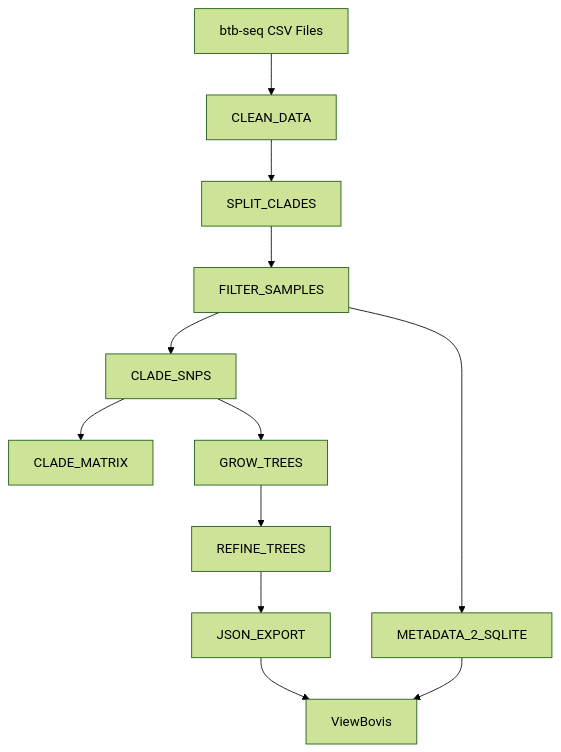
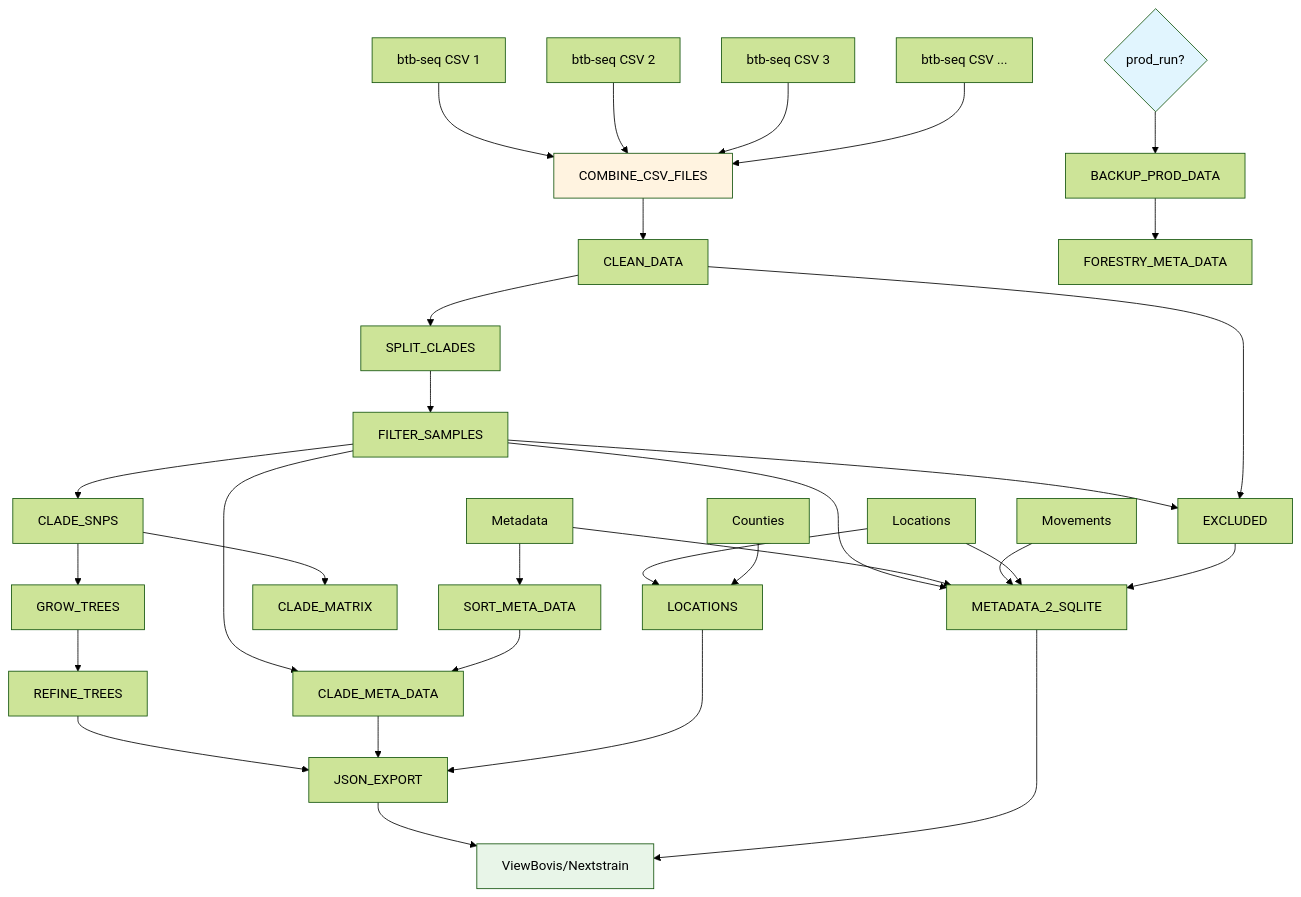
One commit to APHA-CSU/btb-forestry changed the diagram in README.md. Above: the diagram before and after it, drawn with Mermaid (forest theme).

Commit message:
update mermaid dag

````diff
--- a/README.md
+++ b/README.md
@@ -30,14 +30,45 @@
 ```mermaid
 flowchart TD
-    A[btb-seq CSV Files] --> B[CLEAN_DATA]
-    B --> C[SPLIT_CLADES]
-    C --> D[FILTER_SAMPLES]
-    D --> E[CLADE_SNPS]
-    E --> F[CLADE_MATRIX]
-    E --> G[GROW_TREES]
-    G --> H[REFINE_TREES]
-    H --> I[JSON_EXPORT]
-    I --> J[ViewBovis]
-    D --> K[METADATA_2_SQLITE]
-    K --> J[ViewBovis]
+    AA[btb-seq CSV 1] --> BA[COMBINE_CSV_FILES]
+    AB[btb-seq CSV 2] --> BA
+    AC[btb-seq CSV 3] --> BA
+    AD[btb-seq CSV ...] --> BA
+    
+    BA --> B[CLEAN_DATA]
+    C[Metadata] --> D[SORT_META_DATA]
+    E[Locations] --> F[LOCATIONS]
+    G[Counties] --> F
+    
+    H{prod_run?} --> I[BACKUP_PROD_DATA]
+    I --> J[FORESTRY_META_DATA]
+    
+    B --> K[SPLIT_CLADES]
+    K --> L[FILTER_SAMPLES]
+    L --> M[EXCLUDED]
+    B --> M
+    
+    L --> N[CLADE_META_DATA]
+    D --> N
+    
+    L --> O[CLADE_SNPS]
+    O --> P[CLADE_MATRIX]
+    O --> Q[GROW_TREES]
+    Q --> R[REFINE_TREES]
+    
+    R --> S[JSON_EXPORT]
+    N --> S
+    F --> S
+    
+    L --> T[METADATA_2_SQLITE]
+    C --> T
+    U[Movements] --> T
+    E --> T
+    M --> T
+    
+    S --> V[ViewBovis/Nextstrain]
+    T --> V
+    
+    style H fill:#e1f5fe
+    style BA fill:#fff3e0
+    style V fill:#e8f5e8
 ```
````
